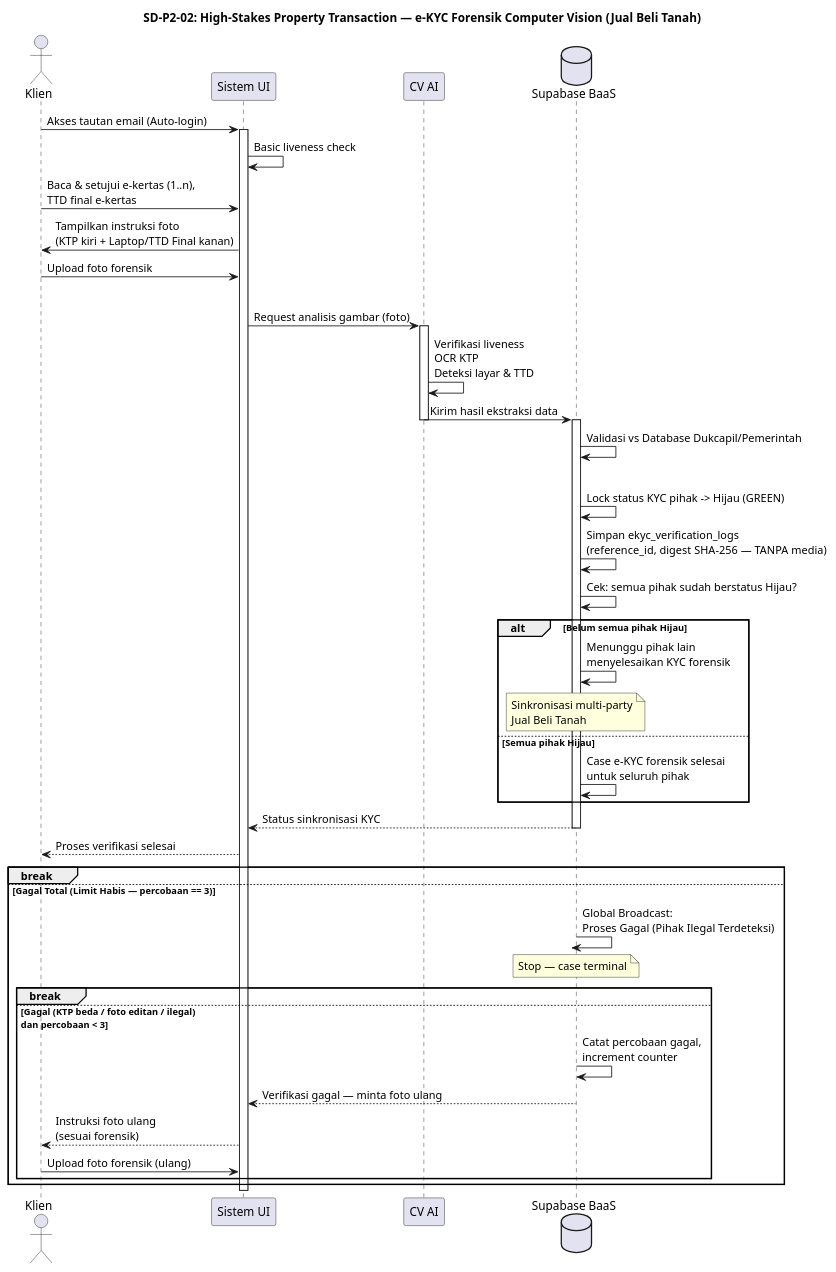
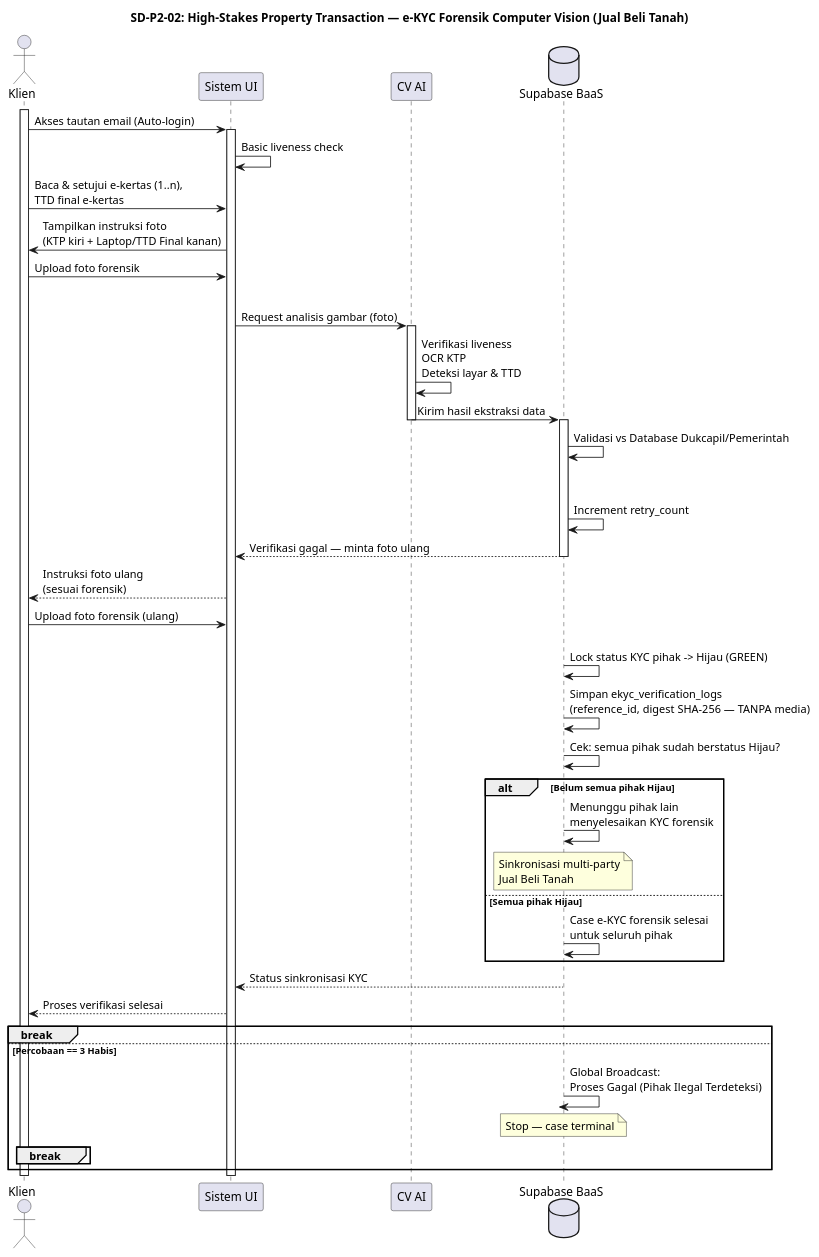
One commit to tupperwureism/SuperApp-Gagal changed the second of 2 diagrams in MarkDown/PHASE_2_USE_CASES_AND_DIAGRAMS.md. Above: the diagram before and after it, drawn with PlantUML. The commit also changed 1 other file, not shown here.

Commit message:
fix(uml): refactor e-kyc activity and sequence diagram with explicit retry loop increment and correct activation bars

````diff
--- a/MarkDown/PHASE_2_USE_CASES_AND_DIAGRAMS.md
+++ b/MarkDown/PHASE_2_USE_CASES_AND_DIAGRAMS.md
@@ -60,60 +60,64 @@
 ```plantuml
 @startuml
 title SD-P2-02: High-Stakes Property Transaction — e-KYC Forensik Computer Vision (Jual Beli Tanah)
 
 actor Klien
 participant "Sistem UI" as UI
 participant "CV AI" as CV
 database "Supabase BaaS" as DB
 
+activate Klien
 Klien -> UI: Akses tautan email (Auto-login)
 activate UI
 UI -> UI: Basic liveness check
 
 Klien -> UI: Baca & setujui e-kertas (1..n),\nTTD final e-kertas
 
 UI -> Klien: Tampilkan instruksi foto\n(KTP kiri + Laptop/TTD Final kanan)
 Klien -> UI: Upload foto forensik
 
-loop Max 3 percobaan forensik
+loop Max 3 Percobaan
   UI -> CV: Request analisis gambar (foto)
   activate CV
   CV -> CV: Verifikasi liveness\nOCR KTP\nDeteksi layar & TTD
   CV -> DB: Kirim hasil ekstraksi data
   deactivate CV
 
   activate DB
   DB -> DB: Validasi vs Database Dukcapil/Pemerintah
 
-  alt Sukses (Validasi Cocok)
+  alt Validasi Gagal (KTP beda / foto editan / ilegal)\ndan percobaan < 3
+    DB -> DB: Increment retry_count
+    DB --> UI: Verifikasi gagal — minta foto ulang
+    deactivate DB
+    UI --> Klien: Instruksi foto ulang\n(sesuai forensik)
+    Klien -> UI: Upload foto forensik (ulang)
+
+  else Validasi Sukses
     DB -> DB: Lock status KYC pihak -> Hijau (GREEN)
     DB -> DB: Simpan ekyc_verification_logs\n(reference_id, digest SHA-256 — TANPA media)
     DB -> DB: Cek: semua pihak sudah berstatus Hijau?
     alt Belum semua pihak Hijau
       DB -> DB: Menunggu pihak lain\nmenyelesaikan KYC forensik
       note over DB: Sinkronisasi multi-party\nJual Beli Tanah
     else Semua pihak Hijau
       DB -> DB: Case e-KYC forensik selesai\nuntuk seluruh pihak
     end
     DB --> UI: Status sinkronisasi KYC
     deactivate DB
     UI --> Klien: Proses verifikasi selesai
     break
-  else Gagal Total (Limit Habis — percobaan == 3)
+
+  else Percobaan == 3 Habis
     DB -> DB: Global Broadcast:\nProses Gagal (Pihak Ilegal Terdeteksi)
     note over DB: Stop — case terminal
     deactivate DB
     break
-  else Gagal (KTP beda / foto editan / ilegal)\ndan percobaan < 3
-    DB -> DB: Catat percobaan gagal,\nincrement counter
-    DB --> UI: Verifikasi gagal — minta foto ulang
-    deactivate DB
-    UI --> Klien: Instruksi foto ulang\n(sesuai forensik)
-    Klien -> UI: Upload foto forensik (ulang)
   end
 end
 
 deactivate UI
+deactivate Klien
 
 @enduml
 ```
````
